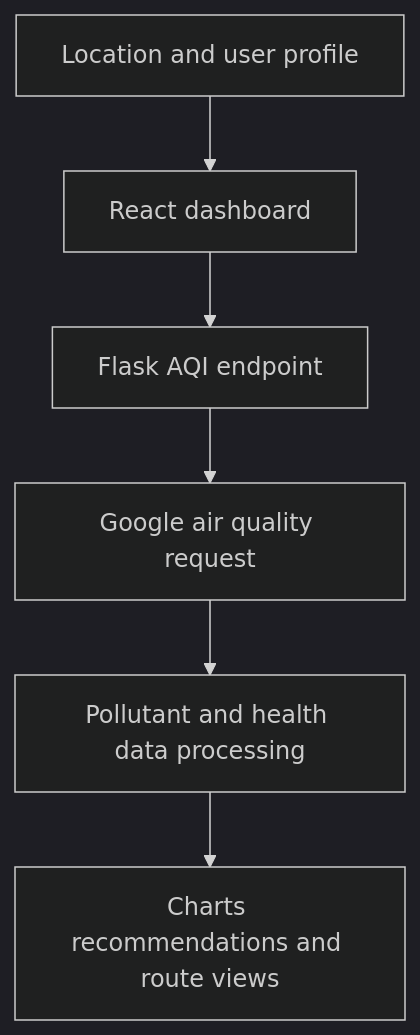
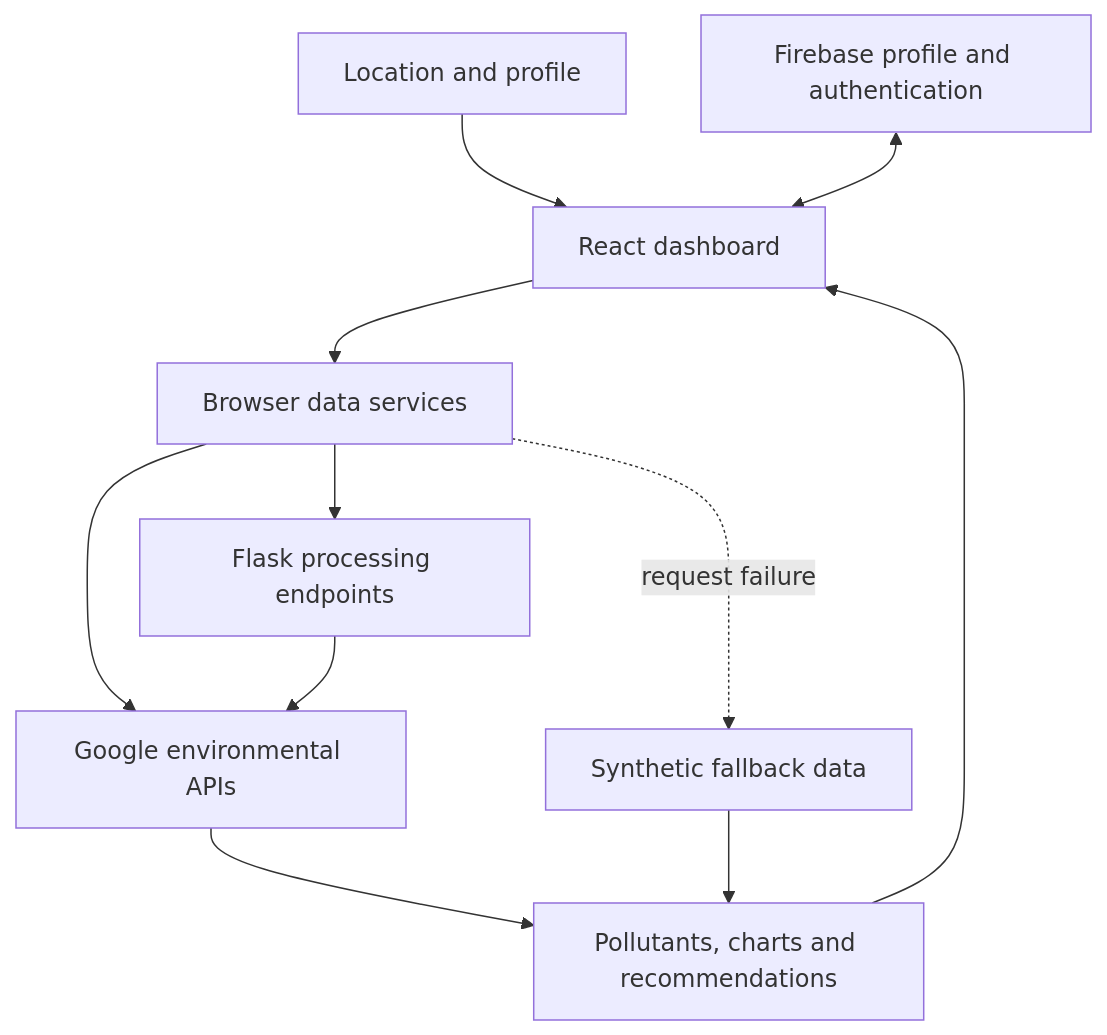
Before and after one commit to ryash14/CitizenApp: the diagram in README.md, drawn with Mermaid. The commit also changed other lines of this file and 5 other files, not shown here.

Commit message:
docs: explain purpose, architecture, usage and contribution workflow

````diff
--- a/README.md
+++ b/README.md
@@ -7,15 +36,13 @@
 ```mermaid
-%%{init: {'theme': 'dark'}}%%
-flowchart TD
-    N0["Location and user profile"]
-    N1["React dashboard"]
-    N2["Flask AQI endpoint"]
-    N3["Google air quality request"]
-    N4["Pollutant and health data processing"]
-    N5["Charts recommendations and route views"]
-    N0 --> N1
-    N1 --> N2
-    N2 --> N3
-    N3 --> N4
-    N4 --> N5
+flowchart TB
+    Profile["Location and profile"] --> UI["React dashboard"]
+    UI --> Service["Browser data services"]
+    Service --> Flask["Flask processing endpoints"]
+    Service --> Google["Google environmental APIs"]
+    Flask --> Google
+    Google --> Views["Pollutants, charts and recommendations"]
+    Service -. "request failure" .-> Demo["Synthetic fallback data"]
+    Demo --> Views
+    Views --> UI
+    Firebase["Firebase profile and authentication"] <--> UI
 ```
````
